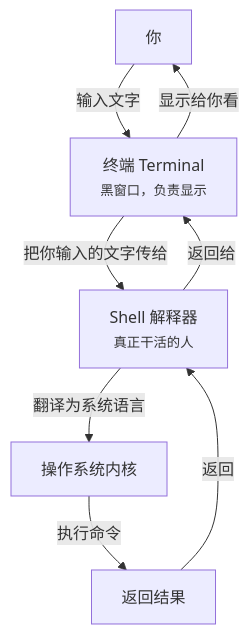
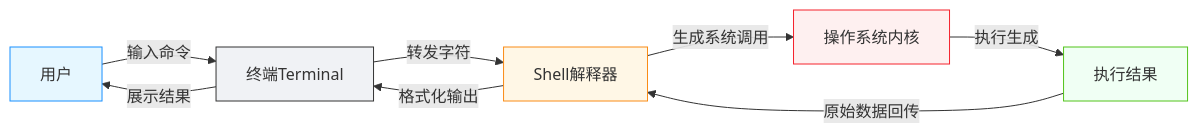
Before and after one commit to Artistzq/under-vibe: the diagram in vitepress/docs/tutorial/01-getting-started/01-terminal.md, drawn with Mermaid. The commit also changed other lines of this file and 19 other files, not shown here.

````diff
--- a/vitepress/docs/tutorial/01-getting-started/01-terminal.md
+++ b/vitepress/docs/tutorial/01-getting-started/01-terminal.md
@@ -211,10 +193,17 @@
 ```mermaid
-graph TD
-    A[你] -->|输入文字| B[终端 Terminal<br><small>黑窗口，负责显示</small>]
-    B -->|把你输入的文字传给| C[Shell 解释器<br><small>真正干活的人</small>]
-    C -->|翻译为系统语言| D[操作系统内核]
-    D -->|执行命令| E[返回结果]
-    E -->|返回| C
-    C -->|返回给| B
-    B -->|显示给你看| A
+graph LR
+    classDef u fill:#e6f7ff,stroke:#1890ff
+    classDef t fill:#f0f2f5,stroke:#333
+    classDef s fill:#fff7e6,stroke:#fa8c16
+    classDef k fill:#fef0f0,stroke:#f5222d
+    classDef r fill:#f0fff4,stroke:#52c41a
+
+    A[用户]:::u -->|输入命令| B[终端Terminal]:::t
+    B -->|转发字符| C[Shell解释器]:::s
+    C -->|生成系统调用| D[操作系统内核]:::k
+    D -->|执行生成| E[执行结果]:::r
+
+    E -->|原始数据回传| C
+    C -->|格式化输出| B
+    B -->|展示结果| A
 ```
````
